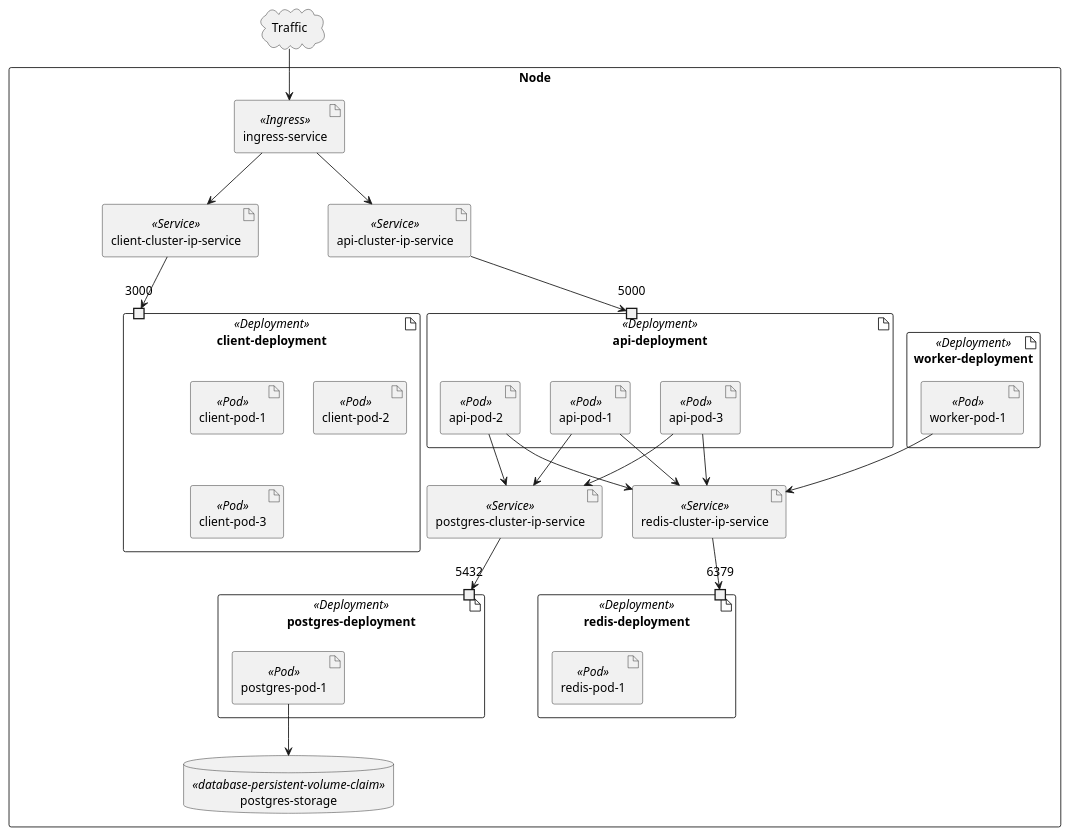
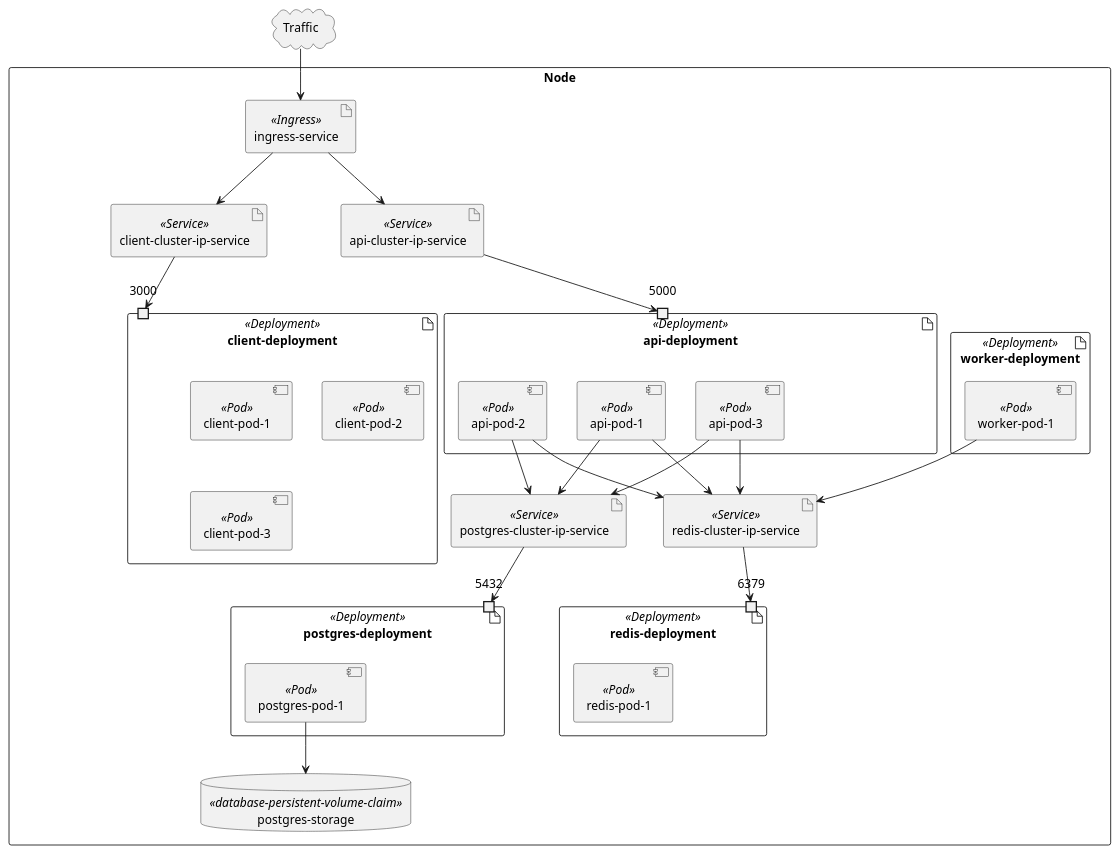
The diagram in docs/deployment.puml (grszyman/complex-k8s), drawn with PlantUML before and after one commit. The commit also changed 9 other files, not shown here.

```diff
--- a/docs/deployment.puml
+++ b/docs/deployment.puml
@@ -1,78 +1,78 @@
 @startuml
 'https://plantuml.com/deployment-diagram
 
 cloud Traffic as traffic
 
 rectangle Node {
 
     artifact client-deployment <<Deployment>> as client_deployment {
 
         portin 3000 as client_deployment_3000
 
-        artifact "client-pod-1" <<Pod>>
-        artifact "client-pod-2" <<Pod>>
-        artifact "client-pod-3" <<Pod>>
+        component "client-pod-1" <<Pod>>
+        component "client-pod-2" <<Pod>>
+        component "client-pod-3" <<Pod>>
     }
     artifact client-cluster-ip-service <<Service>> as client_cluster_ip_service {
     }
     client_cluster_ip_service --> client_deployment_3000
 
     artifact api-deployment <<Deployment>> as api_deployment {
 
         portin 5000 as api_deployment_5000
 
-        artifact "api-pod-1" <<Pod>> as api_pod_1
-        artifact "api-pod-2" <<Pod>> as api_pod_2
-        artifact "api-pod-3" <<Pod>> as api_pod_3
+        component "api-pod-1" <<Pod>> as api_pod_1
+        component "api-pod-2" <<Pod>> as api_pod_2
+        component "api-pod-3" <<Pod>> as api_pod_3
     }
     artifact api-cluster-ip-service <<Service>> as api_cluster_ip_service {
     }
     api_cluster_ip_service --> api_deployment_5000
 
     artifact postgres-deployment <<Deployment>> as postgres_deployment {
 
         portin 5432 as postgres_deployment_5432
 
-        artifact "postgres-pod-1" <<Pod>> as postgres_pod_1
+        component "postgres-pod-1" <<Pod>> as postgres_pod_1
     }
     artifact postgres-cluster-ip-service <<Service>> as postgres_cluster_ip_service {
     }
     database "postgres-storage" <<database-persistent-volume-claim>> as postgres_storage
     postgres_pod_1 --> postgres_storage
 
     postgres_cluster_ip_service --> postgres_deployment_5432
 
     api_pod_1 --> postgres_cluster_ip_service
     api_pod_2 --> postgres_cluster_ip_service
     api_pod_3 --> postgres_cluster_ip_service
 
     artifact redis-deployment <<Deployment>> as redis_deployment {
 
         portin 6379 as redis_deployment_6379
 
-        artifact "redis-pod-1" <<Pod>>
+        component "redis-pod-1" <<Pod>>
     }
     artifact redis-cluster-ip-service <<Service>> as redis_cluster_ip_service {
     }
     redis_cluster_ip_service --> redis_deployment_6379
 
     api_pod_1 --> redis_cluster_ip_service
     api_pod_2 --> redis_cluster_ip_service
     api_pod_3 --> redis_cluster_ip_service
 
     artifact worker-deployment <<Deployment>> as worker_deployment {
 
-        artifact "worker-pod-1" <<Pod>> as worker_pod_1
+        component "worker-pod-1" <<Pod>> as worker_pod_1
     }
 
     worker_pod_1 --> redis_cluster_ip_service
 
     artifact ingress-service <<Ingress>> as ingress_service {
     }
 
     ingress_service --> client_cluster_ip_service
     ingress_service --> api_cluster_ip_service
 }
 
 traffic --> ingress_service
 @enduml
```
